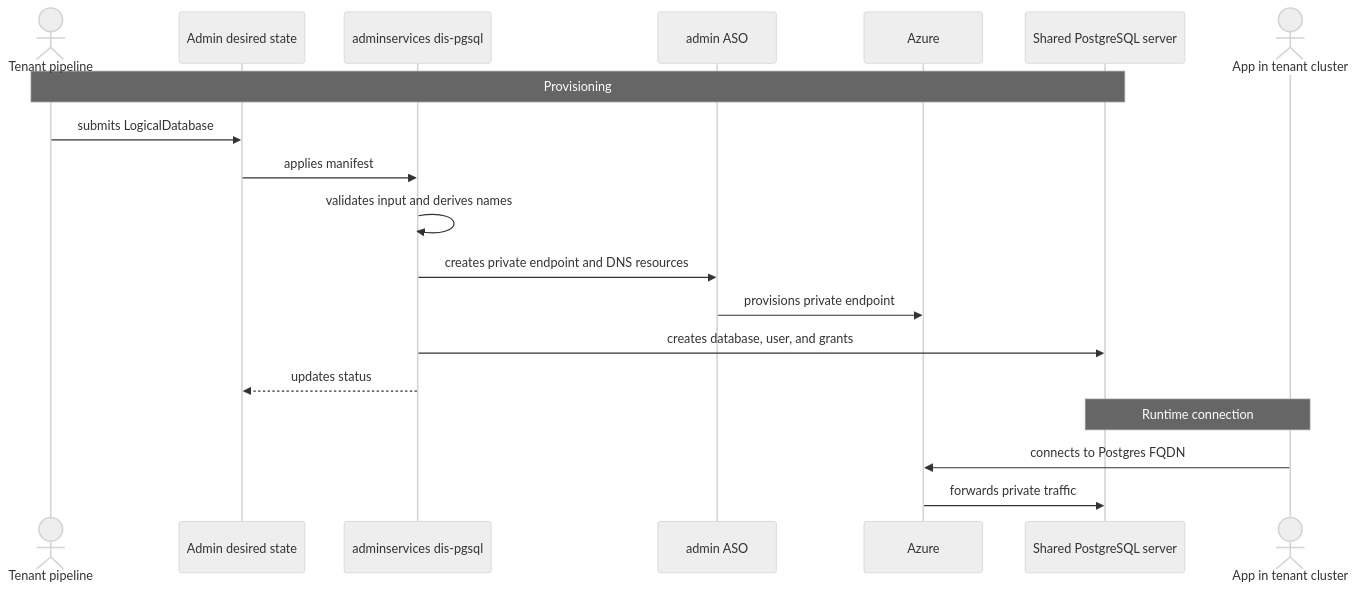
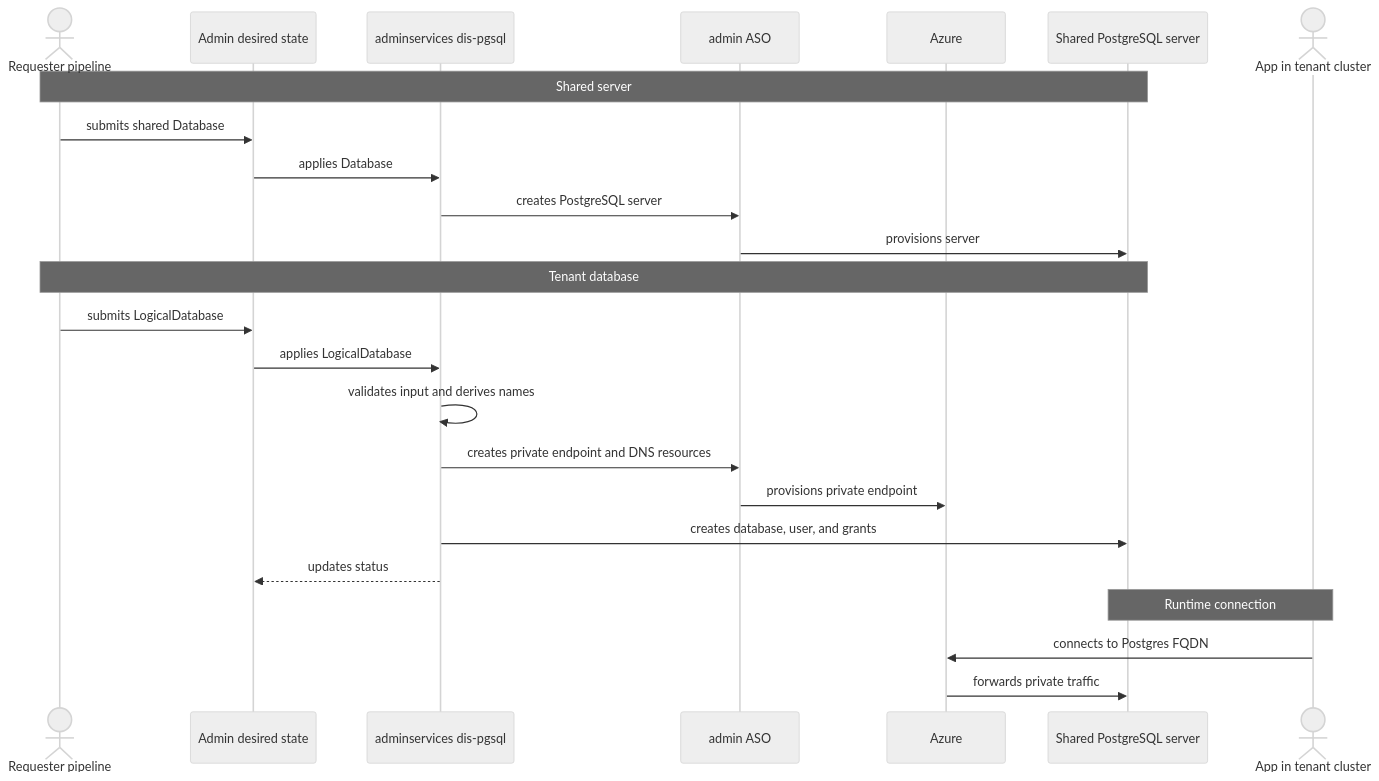
One commit to Altinn/altinn-platform changed the diagram in rfcs/0013-multitenant-dis-databases.md. Above: the diagram before and after it, drawn with Mermaid (neutral theme). The commit also changed other lines of this file, not shown here.

Commit message:
rfc: clarify multitenant database model

````diff
--- a/rfcs/0013-multitenant-dis-databases.md
+++ b/rfcs/0013-multitenant-dis-databases.md
@@ -43,23 +43,29 @@
 ```mermaid
 sequenceDiagram
-    actor Tenant as Tenant pipeline
+    actor Requester as Requester pipeline
     participant DesiredState as Admin desired state
     participant Operator as adminservices dis-pgsql
     participant ASO as admin ASO
     participant Network as Azure
     participant Postgres as Shared PostgreSQL server
     actor App as App in tenant cluster
 
-    Note over Tenant,Postgres: Provisioning
-    Tenant->>DesiredState: submits LogicalDatabase
-    DesiredState->>Operator: applies manifest
+    Note over Requester,Postgres: Shared server
+    Requester->>DesiredState: submits shared Database
+    DesiredState->>Operator: applies Database
+    Operator->>ASO: creates PostgreSQL server
+    ASO->>Postgres: provisions server
+
+    Note over Requester,Postgres: Tenant database
+    Requester->>DesiredState: submits LogicalDatabase
+    DesiredState->>Operator: applies LogicalDatabase
     Operator->>Operator: validates input and derives names
     Operator->>ASO: creates private endpoint and DNS resources
     ASO->>Network: provisions private endpoint
     Operator->>Postgres: creates database, user, and grants
     Operator-->>DesiredState: updates status
 
     Note over App,Postgres: Runtime connection
     App->>Network: connects to Postgres FQDN
     Network->>Postgres: forwards private traffic
 ```
````
